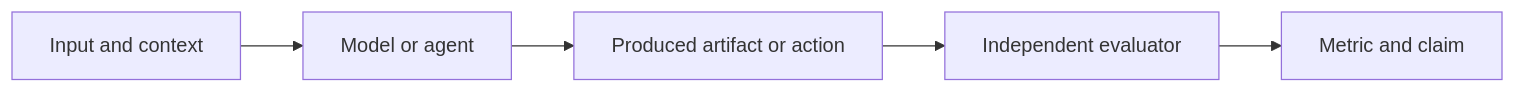
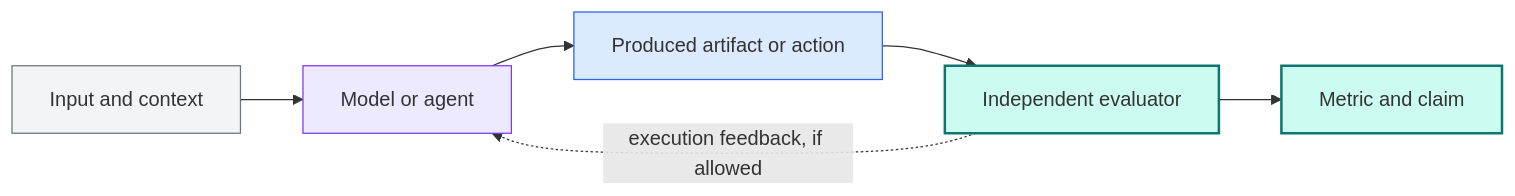
The fourth of 4 diagrams in docs/field-guide.md (Uploading-Inc/AI-Hardware-EDA-Landscape), drawn with Mermaid before and after one commit. The commit also changed other lines of this file and 3 other files, not shown here.

````diff
--- a/docs/field-guide.md
+++ b/docs/field-guide.md
@@ -122,7 +143,17 @@
 ```mermaid
 flowchart LR
     A[Input and context] --> B[Model or agent]
     B --> C[Produced artifact or action]
     C --> D[Independent evaluator]
     D --> E[Metric and claim]
+    D -. execution feedback, if allowed .-> B
+
+    classDef input fill:#f3f4f6,stroke:#6b7280;
+    classDef system fill:#ede9fe,stroke:#7c3aed;
+    classDef artifact fill:#dbeafe,stroke:#2563eb;
+    classDef evidence fill:#ccfbf1,stroke:#0f766e,stroke-width:2px;
+    class A input;
+    class B system;
+    class C artifact;
+    class D,E evidence;
 ```
````
